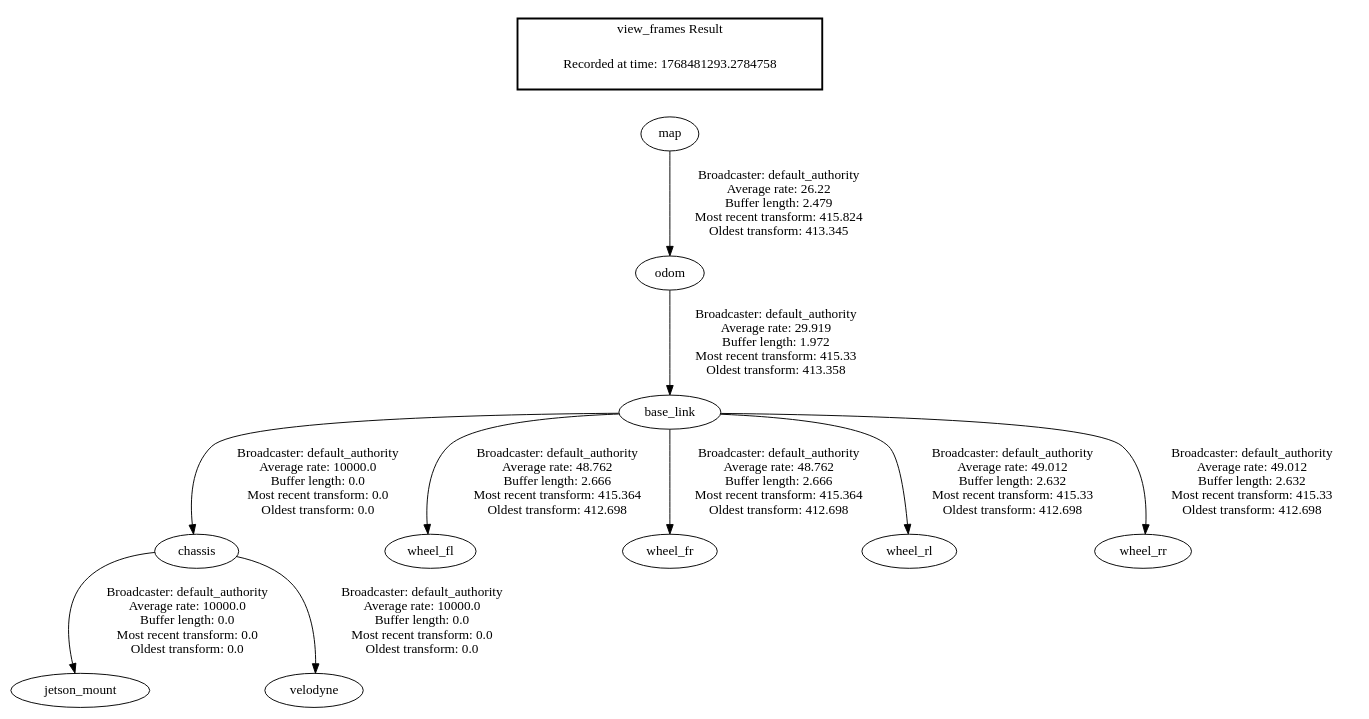
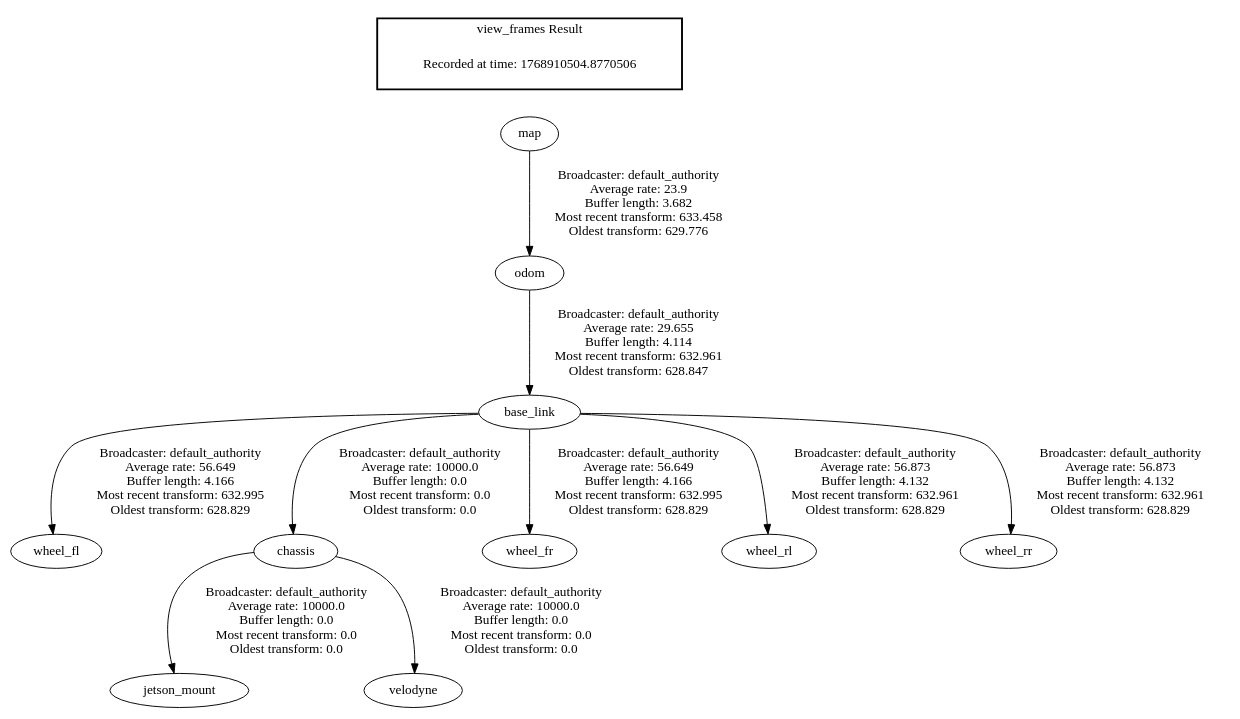
Before and after one commit to lukasderia/ros2_leo_ws: the diagram in frames.gv, drawn with Graphviz. The commit also changed 6 other files, not shown here.

```diff
--- a/frames.gv
+++ b/frames.gv
@@ -1,15 +1,15 @@
 digraph G {
+"base_link" -> "wheel_fl"[label=" Broadcaster: default_authority\nAverage rate: 56.649\nBuffer length: 4.166\nMost recent transform: 632.995\nOldest transform: 628.829\n"];
 "base_link" -> "chassis"[label=" Broadcaster: default_authority\nAverage rate: 10000.0\nBuffer length: 0.0\nMost recent transform: 0.0\nOldest transform: 0.0\n"];
-"odom" -> "base_link"[label=" Broadcaster: default_authority\nAverage rate: 29.919\nBuffer length: 1.972\nMost recent transform: 415.33\nOldest transform: 413.358\n"];
+"base_link" -> "wheel_fr"[label=" Broadcaster: default_authority\nAverage rate: 56.649\nBuffer length: 4.166\nMost recent transform: 632.995\nOldest transform: 628.829\n"];
+"base_link" -> "wheel_rl"[label=" Broadcaster: default_authority\nAverage rate: 56.873\nBuffer length: 4.132\nMost recent transform: 632.961\nOldest transform: 628.829\n"];
+"base_link" -> "wheel_rr"[label=" Broadcaster: default_authority\nAverage rate: 56.873\nBuffer length: 4.132\nMost recent transform: 632.961\nOldest transform: 628.829\n"];
+"odom" -> "base_link"[label=" Broadcaster: default_authority\nAverage rate: 29.655\nBuffer length: 4.114\nMost recent transform: 632.961\nOldest transform: 628.847\n"];
 "chassis" -> "jetson_mount"[label=" Broadcaster: default_authority\nAverage rate: 10000.0\nBuffer length: 0.0\nMost recent transform: 0.0\nOldest transform: 0.0\n"];
 "chassis" -> "velodyne"[label=" Broadcaster: default_authority\nAverage rate: 10000.0\nBuffer length: 0.0\nMost recent transform: 0.0\nOldest transform: 0.0\n"];
-"base_link" -> "wheel_fl"[label=" Broadcaster: default_authority\nAverage rate: 48.762\nBuffer length: 2.666\nMost recent transform: 415.364\nOldest transform: 412.698\n"];
-"base_link" -> "wheel_fr"[label=" Broadcaster: default_authority\nAverage rate: 48.762\nBuffer length: 2.666\nMost recent transform: 415.364\nOldest transform: 412.698\n"];
-"base_link" -> "wheel_rl"[label=" Broadcaster: default_authority\nAverage rate: 49.012\nBuffer length: 2.632\nMost recent transform: 415.33\nOldest transform: 412.698\n"];
-"base_link" -> "wheel_rr"[label=" Broadcaster: default_authority\nAverage rate: 49.012\nBuffer length: 2.632\nMost recent transform: 415.33\nOldest transform: 412.698\n"];
-"map" -> "odom"[label=" Broadcaster: default_authority\nAverage rate: 26.22\nBuffer length: 2.479\nMost recent transform: 415.824\nOldest transform: 413.345\n"];
+"map" -> "odom"[label=" Broadcaster: default_authority\nAverage rate: 23.9\nBuffer length: 3.682\nMost recent transform: 633.458\nOldest transform: 629.776\n"];
 edge [style=invis];
  subgraph cluster_legend { style=bold; color=black; label ="view_frames Result";
-"Recorded at time: 1768481293.2784758"[ shape=plaintext ] ;
+"Recorded at time: 1768910504.8770506"[ shape=plaintext ] ;
 }->"map";
 }
```
